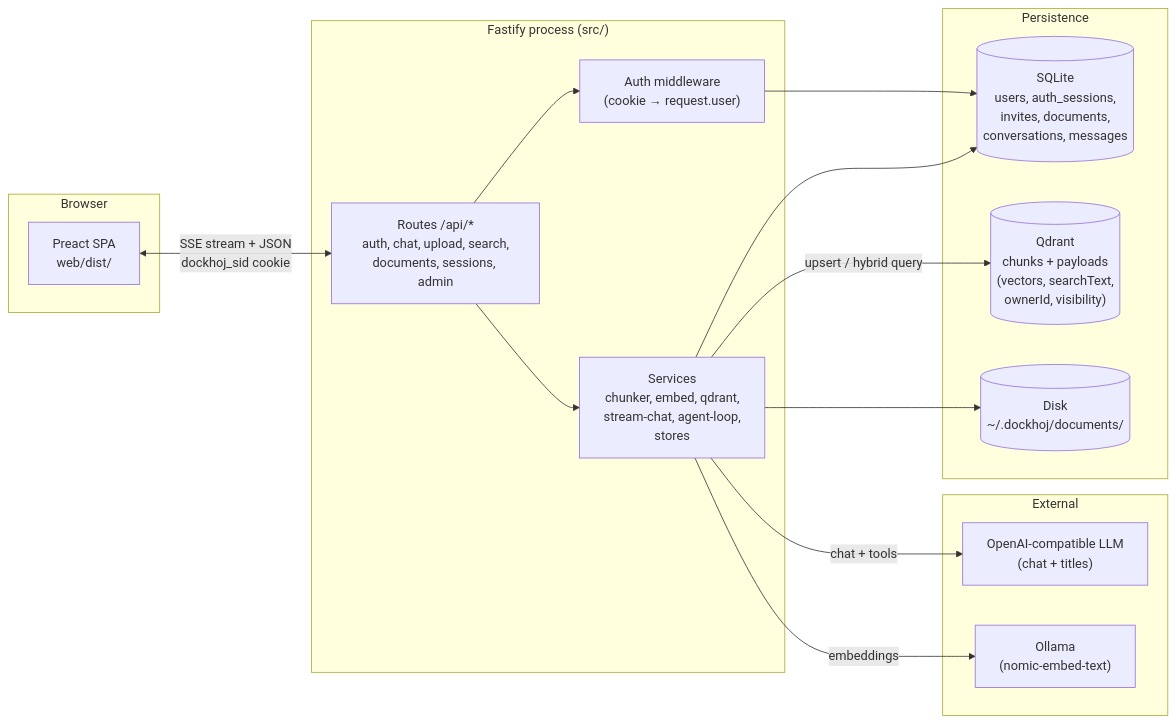
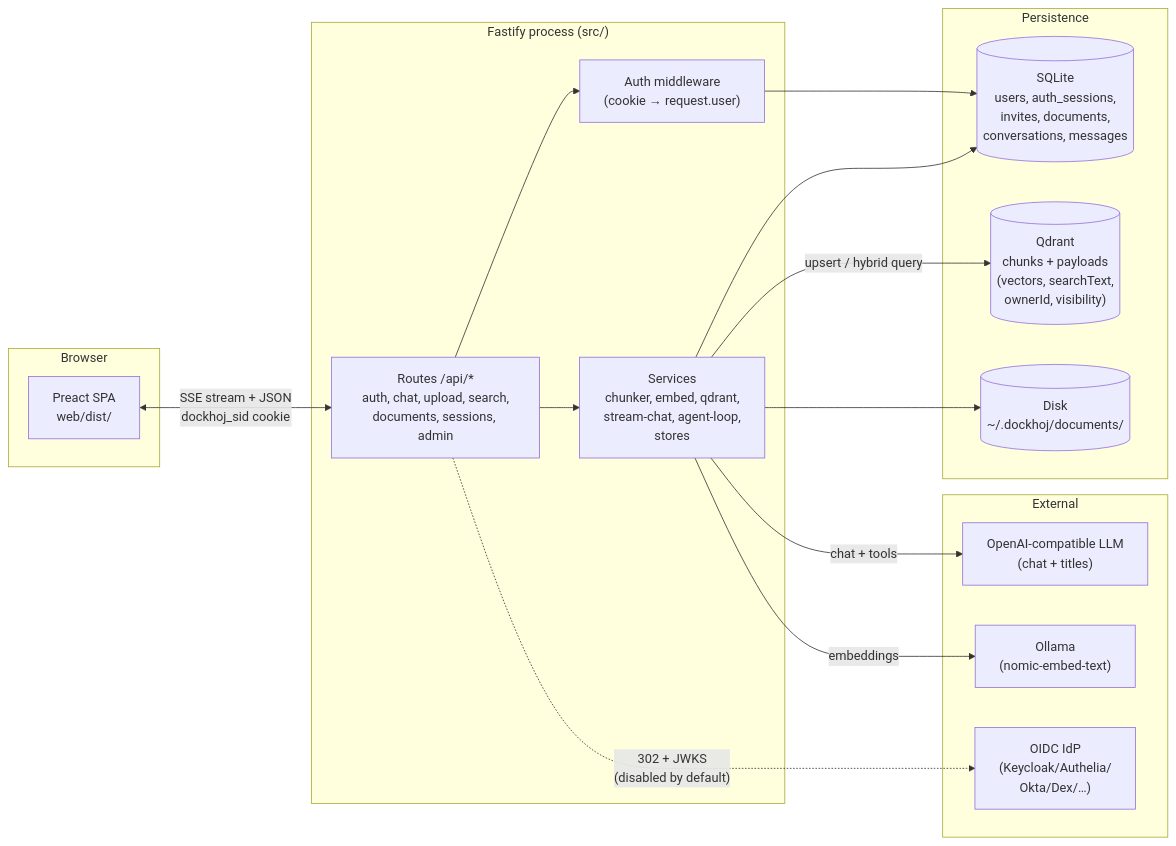
Before and after one commit to TahaNKhan/DocKhoj: the first of 3 diagrams in docs/architecture.md, drawn with Mermaid. The commit also changed other lines of this file and 3 other files, not shown here.

````diff
--- a/docs/architecture.md
+++ b/docs/architecture.md
@@ -25,33 +25,35 @@
 ```mermaid
 flowchart LR
   subgraph Browser
     SPA["Preact SPA<br/>web/dist/"]
   end
 
   subgraph "Fastify process (src/)"
     ROUTES["Routes /api/*<br/>auth, chat, upload, search,<br/>documents, sessions, admin"]
     AUTH["Auth middleware<br/>(cookie → request.user)"]
     SERVICES["Services<br/>chunker, embed, qdrant,<br/>stream-chat, agent-loop,<br/>stores"]
   end
 
   subgraph "Persistence"
     SQLITE[("SQLite<br/>users, auth_sessions,<br/>invites, documents,<br/>conversations, messages")]
     QDRANT[("Qdrant<br/>chunks + payloads<br/>(vectors, searchText,<br/>ownerId, visibility)")]
     DISK[("Disk<br/>~/.dockhoj/documents/")]
   end
 
   subgraph "External"
     LLM["OpenAI-compatible LLM<br/>(chat + titles)"]
     OLLAMA["Ollama<br/>(nomic-embed-text)"]
+    OIDC["OIDC IdP<br/>(Keycloak/Authelia/<br/>Okta/Dex/…)"]
   end
 
   SPA <-->|"SSE stream + JSON<br/>dockhoj_sid cookie"| ROUTES
   ROUTES --> AUTH
   AUTH --> SQLITE
   ROUTES --> SERVICES
   SERVICES --> SQLITE
   SERVICES -->|"upsert / hybrid query"| QDRANT
   SERVICES --> DISK
   SERVICES -->|"chat + tools"| LLM
   SERVICES -->|"embeddings"| OLLAMA
+  ROUTES -.->|"302 + JWKS<br/>(disabled by default)"| OIDC
 ```
````
